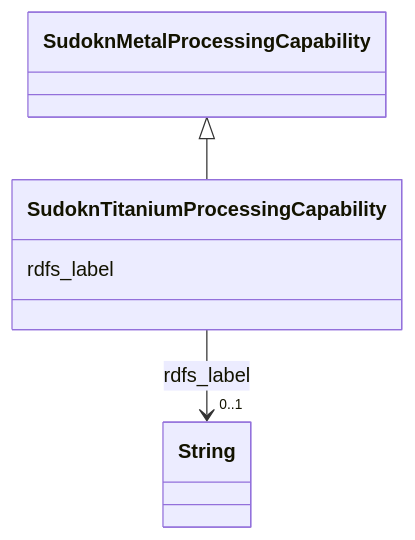
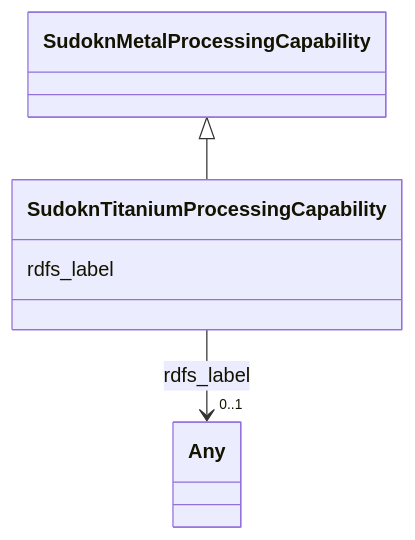
The diagram in sudokn-kg/classes/SudoknTitaniumProcessingCapability.md (frink-okn/graph-descriptions), drawn with Mermaid before and after one commit. The commit also changed other lines of this file and 903 other files, not shown here.

````diff
--- a/sudokn-kg/classes/SudoknTitaniumProcessingCapability.md
+++ b/sudokn-kg/classes/SudoknTitaniumProcessingCapability.md
@@ -23,18 +18,18 @@
 ```mermaid
  classDiagram
     class SudoknTitaniumProcessingCapability
     click SudoknTitaniumProcessingCapability href "../SudoknTitaniumProcessingCapability"
       SudoknMetalProcessingCapability <|-- SudoknTitaniumProcessingCapability
         click SudoknMetalProcessingCapability href "../SudoknMetalProcessingCapability"
       
       SudoknTitaniumProcessingCapability : rdfs_label
         
           
     
     
-    SudoknTitaniumProcessingCapability --> "0..1" String : rdfs_label
-    click String href "../String"
+    SudoknTitaniumProcessingCapability --> "0..1" Any : rdfs_label
+    click Any href "../Any"
 
         
       
 ```
````
